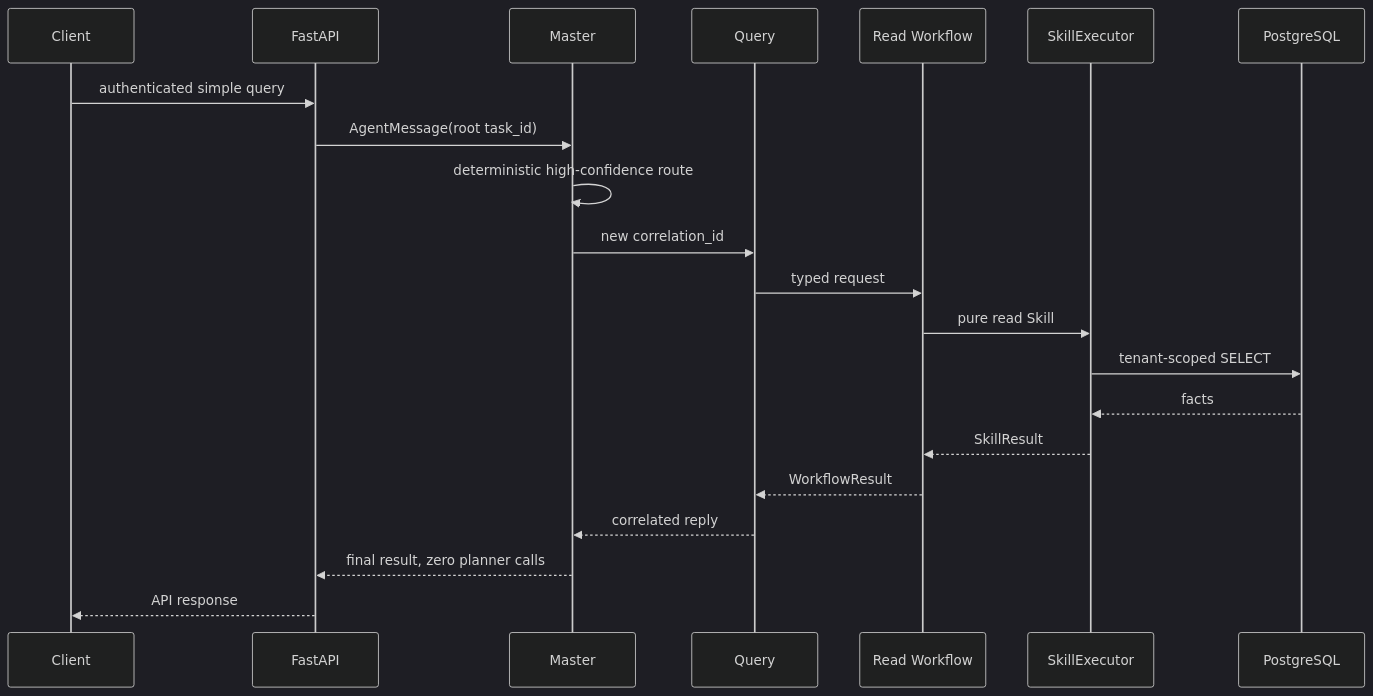
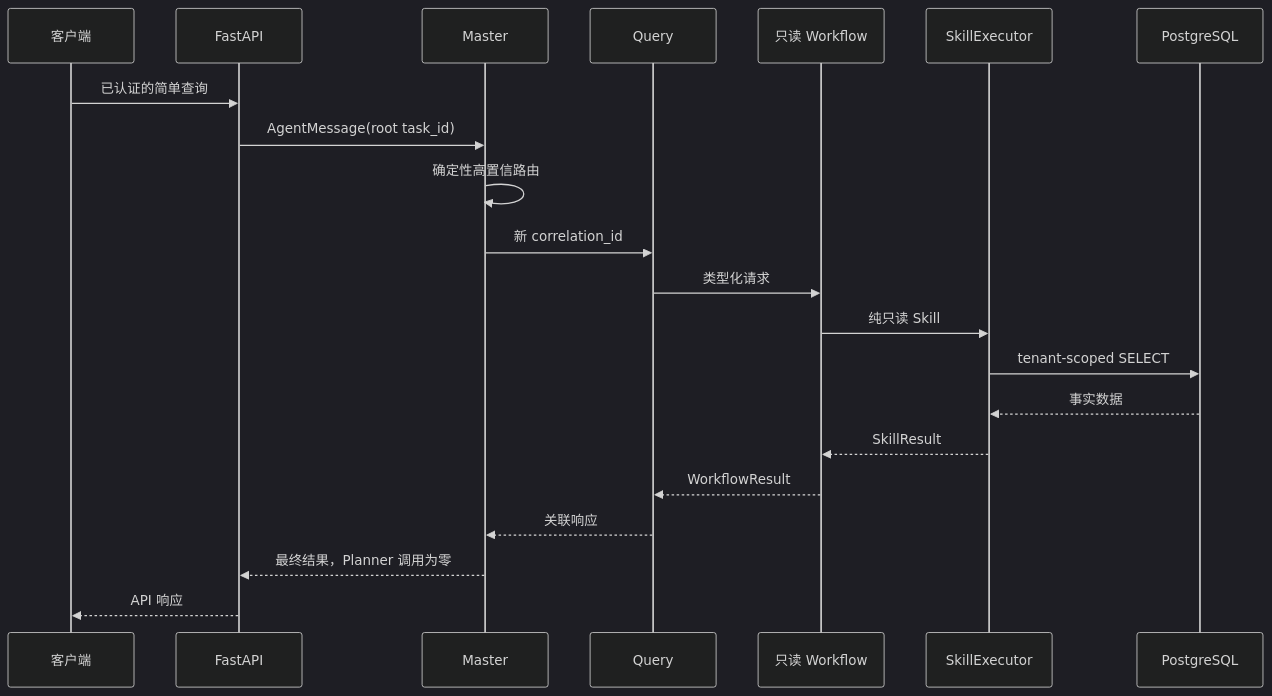
Before and after one commit to wz13814990585-sudo/EcomPilot: the third of 5 diagrams in docs/architecture.md, drawn with Mermaid (dark theme). The commit also changed other lines of this file and 10 other files, not shown here.

````diff
--- a/docs/architecture.md
+++ b/docs/architecture.md
@@ -77,23 +74,23 @@
 ```mermaid
 sequenceDiagram
-    participant C as Client
+    participant C as 客户端
     participant A as FastAPI
     participant M as Master
     participant Q as Query
-    participant W as Read Workflow
+    participant W as 只读 Workflow
     participant S as SkillExecutor
     participant D as PostgreSQL
-    C->>A: authenticated simple query
+    C->>A: 已认证的简单查询
     A->>M: AgentMessage(root task_id)
-    M->>M: deterministic high-confidence route
-    M->>Q: new correlation_id
-    Q->>W: typed request
-    W->>S: pure read Skill
+    M->>M: 确定性高置信路由
+    M->>Q: 新 correlation_id
+    Q->>W: 类型化请求
+    W->>S: 纯只读 Skill
     S->>D: tenant-scoped SELECT
-    D-->>S: facts
+    D-->>S: 事实数据
     S-->>W: SkillResult
     W-->>Q: WorkflowResult
-    Q-->>M: correlated reply
-    M-->>A: final result, zero planner calls
-    A-->>C: API response
+    Q-->>M: 关联响应
+    M-->>A: 最终结果，Planner 调用为零
+    A-->>C: API 响应
 ```
````
